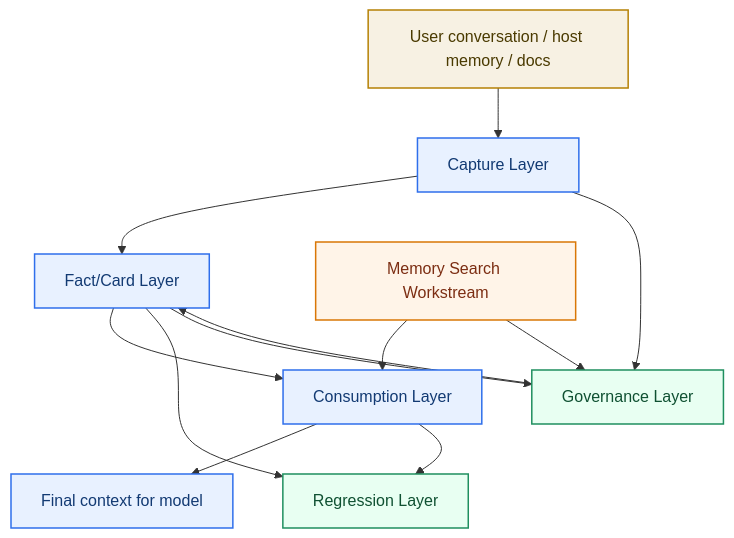
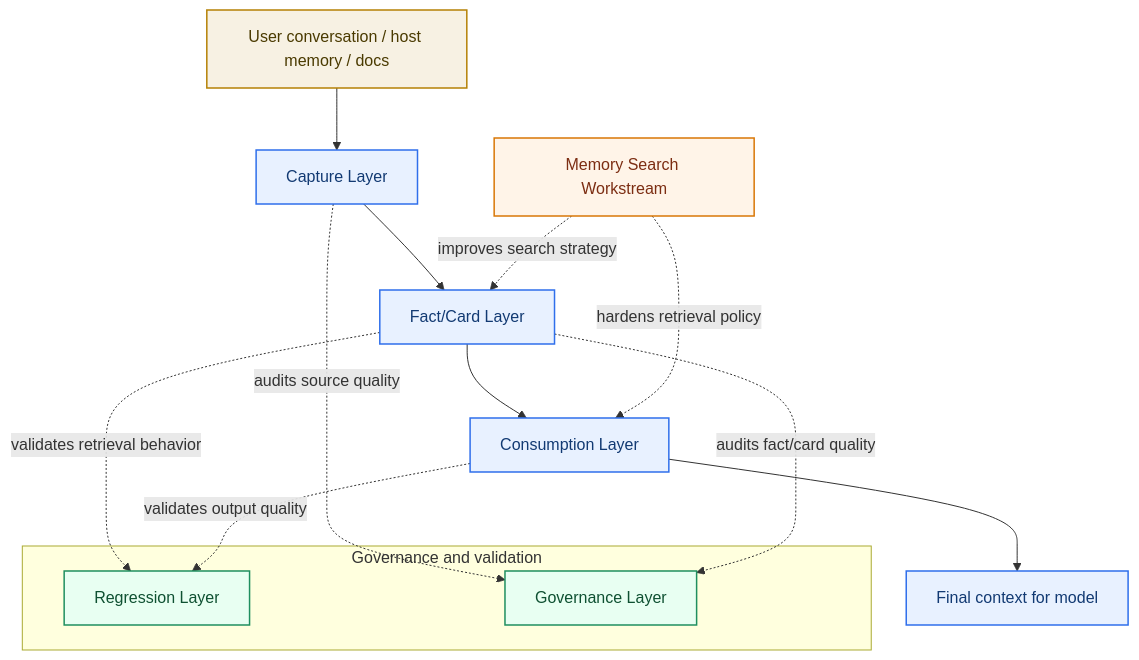
One commit to redcreen/memory-context-claw changed the first of 16 diagrams in system-architecture.md. Above: the diagram before and after it, drawn with Mermaid. The commit also changed other lines of this file and 13 other files, not shown here.

````diff
--- a/system-architecture.md
+++ b/system-architecture.md
@@ -26,25 +26,30 @@
 ```mermaid
 flowchart TB
     A["User conversation / host memory / docs"] --> B["Capture Layer"]
     B --> C["Fact/Card Layer"]
     C --> D["Consumption Layer"]
     D --> E["Final context for model"]
 
-    C --> F["Regression Layer"]
-    D --> F
-    C --> G["Governance Layer"]
-    B --> G
-    G --> C
+    subgraph OPS["Governance and validation"]
+        F["Regression Layer"]
+        G["Governance Layer"]
+    end
 
-    H["Memory Search Workstream"] --> D
-    H --> G
+    H["Memory Search Workstream"]
+
+    C -. validates retrieval behavior .-> F
+    D -. validates output quality .-> F
+    B -. audits source quality .-> G
+    C -. audits fact/card quality .-> G
+    H -. improves search strategy .-> C
+    H -. hardens retrieval policy .-> D
 
     classDef input fill:#f7f1e3,stroke:#b58105,color:#4a3a00,stroke-width:1.5px;
     classDef plugin fill:#e8f1ff,stroke:#2f6feb,color:#123a73,stroke-width:1.5px;
     classDef ops fill:#e8fff2,stroke:#1f8f5f,color:#0f5132,stroke-width:1.5px;
     classDef workstream fill:#fff4e8,stroke:#d97706,color:#7c2d12,stroke-width:1.5px;
     class A input;
     class B,C,D,E plugin;
     class F,G ops;
     class H workstream;
 ```
````
